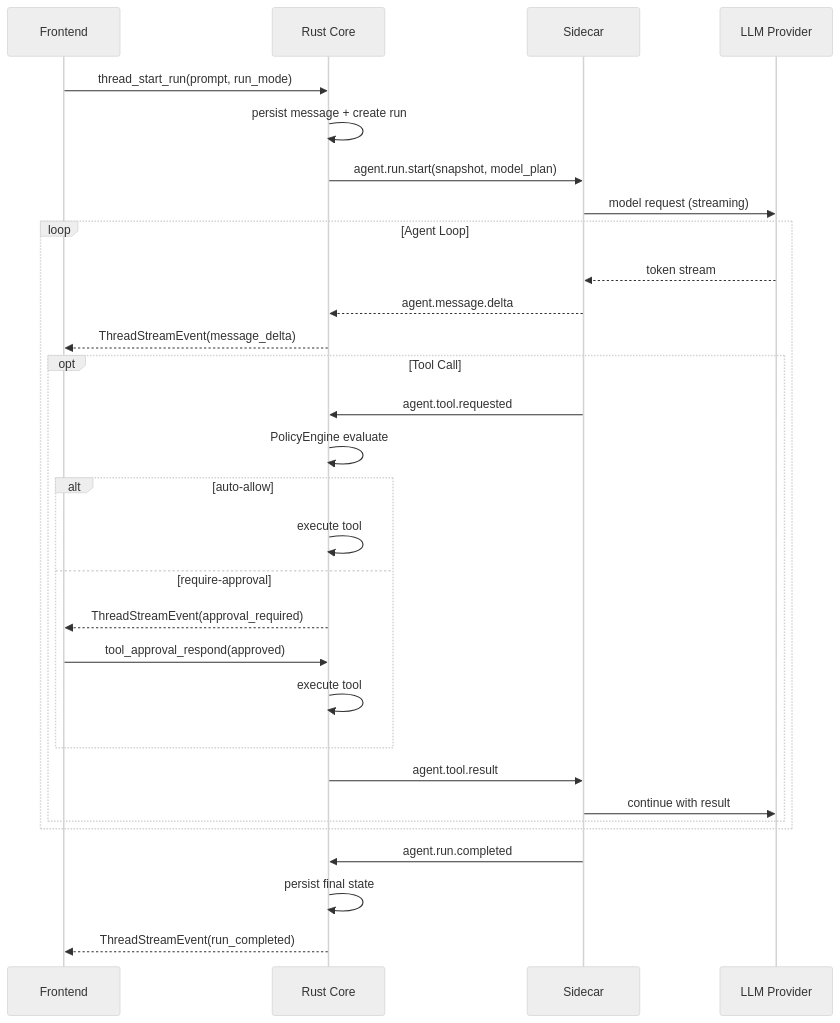
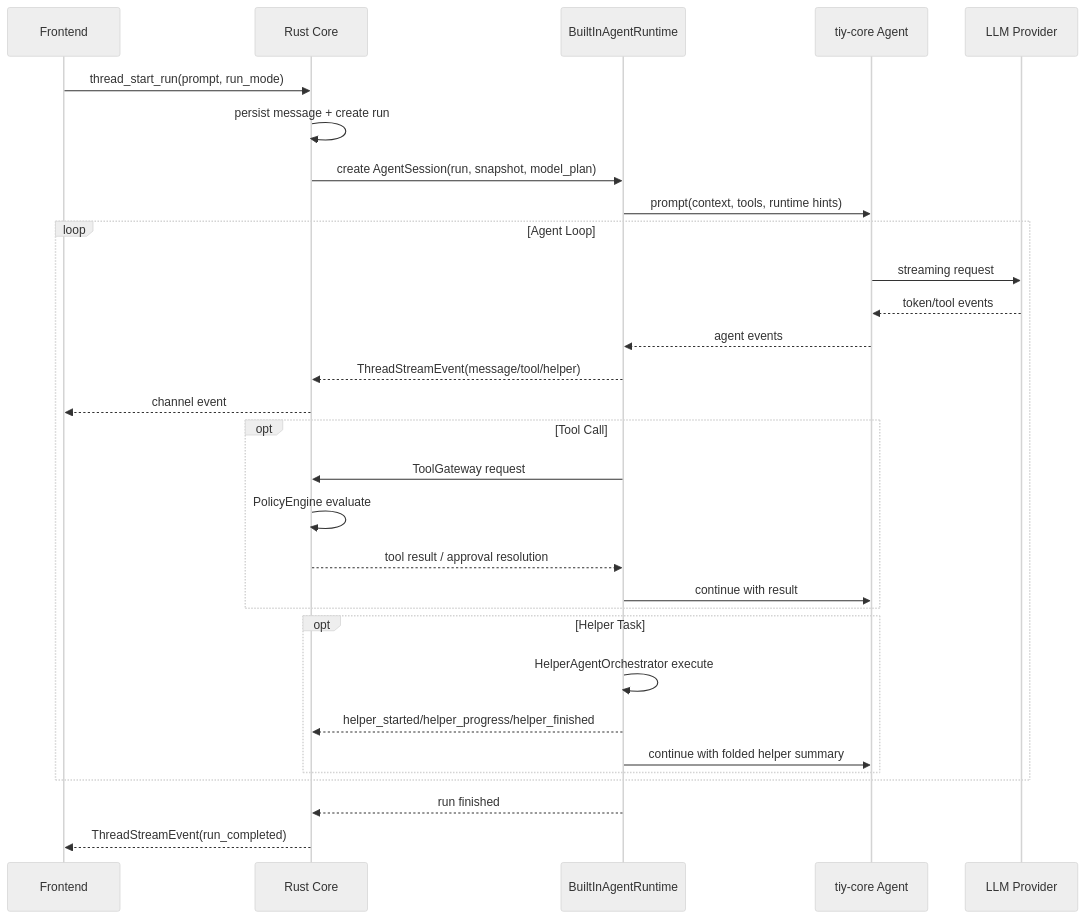
The third of 3 diagrams in docs/technical-architecture-20260316.md (TiyAgents/tiycode), drawn with Mermaid (neutral theme) before and after one commit. The commit also changed other lines of this file and 6 other files, not shown here.

Commit message:
docs(agent): 📝 redesign runtime around tiy-core

````diff
--- a/docs/technical-architecture-20260316.md
+++ b/docs/technical-architecture-20260316.md
@@ -439,36 +339,37 @@
 ```mermaid
 sequenceDiagram
   participant FE as Frontend
   participant RS as Rust Core
-  participant SC as Sidecar
+  participant RT as BuiltInAgentRuntime
+  participant AG as tiy-core Agent
   participant LLM as LLM Provider
 
   FE->>RS: thread_start_run(prompt, run_mode)
   RS->>RS: persist message + create run
-  RS->>SC: agent.run.start(snapshot, model_plan)
-  SC->>LLM: model request (streaming)
+  RS->>RT: create AgentSession(run, snapshot, model_plan)
+  RT->>AG: prompt(context, tools, runtime hints)
 
   loop Agent Loop
-    LLM-->>SC: token stream
-    SC-->>RS: agent.message.delta
-    RS-->>FE: ThreadStreamEvent(message_delta)
+    AG->>LLM: streaming request
+    LLM-->>AG: token/tool events
+    AG-->>RT: agent events
+    RT-->>RS: ThreadStreamEvent(message/tool/helper)
+    RS-->>FE: channel event
 
     opt Tool Call
-      SC->>RS: agent.tool.requested
+      RT->>RS: ToolGateway request
       RS->>RS: PolicyEngine evaluate
-      alt auto-allow
-        RS->>RS: execute tool
-      else require-approval
-        RS-->>FE: ThreadStreamEvent(approval_required)
-        FE->>RS: tool_approval_respond(approved)
-        RS->>RS: execute tool
-      end
-      RS->>SC: agent.tool.result
-      SC->>LLM: continue with result
+      RS-->>RT: tool result / approval resolution
+      RT->>AG: continue with result
+    end
+
+    opt Helper Task
+      RT->>RT: HelperAgentOrchestrator execute
+      RT-->>RS: helper_started/helper_progress/helper_finished
+      RT->>AG: continue with folded helper summary
     end
   end
 
-  SC->>RS: agent.run.completed
-  RS->>RS: persist final state
+  RT-->>RS: run finished
   RS-->>FE: ThreadStreamEvent(run_completed)
 ```
````
